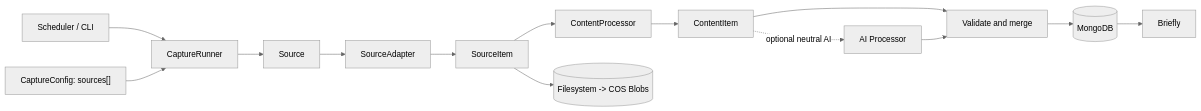
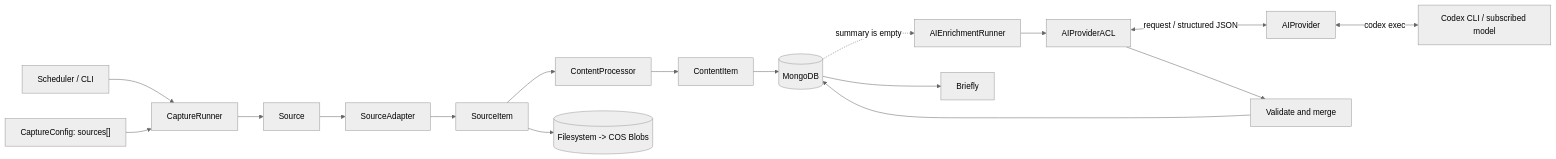
One commit to LoveOrange/shiyi changed the diagram in README.md. Above: the diagram before and after it, drawn with Mermaid (neutral theme). The commit also changed other lines of this file and 69 other files, not shown here.

````diff
--- a/README.md
+++ b/README.md
@@ -9,16 +9,19 @@
 ```mermaid
 flowchart LR
     ENTRY["Scheduler / CLI"] --> RUNNER["CaptureRunner"]
     CONFIG["CaptureConfig: sources[]"] --> RUNNER
     RUNNER --> SOURCE["Source"]
     SOURCE --> ADAPTER["SourceAdapter"]
     ADAPTER --> SOURCE_ITEM["SourceItem"]
     SOURCE_ITEM --> PROCESSOR["ContentProcessor"]
     PROCESSOR --> CONTENT_ITEM["ContentItem"]
-    CONTENT_ITEM -. "optional neutral AI" .-> AI["AI Processor"]
-    CONTENT_ITEM --> MERGE["Validate and merge"]
-    AI --> MERGE
-    MERGE --> STORE[("MongoDB")]
+    CONTENT_ITEM --> STORE[("MongoDB")]
+    STORE -. "summary is empty" .-> ENRICH["AIEnrichmentRunner"]
+    ENRICH --> ACL["AIProviderACL"]
+    ACL <-->|"request / structured JSON"| PROVIDER["AIProvider"]
+    PROVIDER <-->|"codex exec"| CODEX["Codex CLI / subscribed model"]
+    ACL --> MERGE["Validate and merge"]
+    MERGE --> STORE
     SOURCE_ITEM --> BLOB[("Filesystem -> COS Blobs")]
     STORE --> BRIEFLY["Briefly"]
 ```
````
